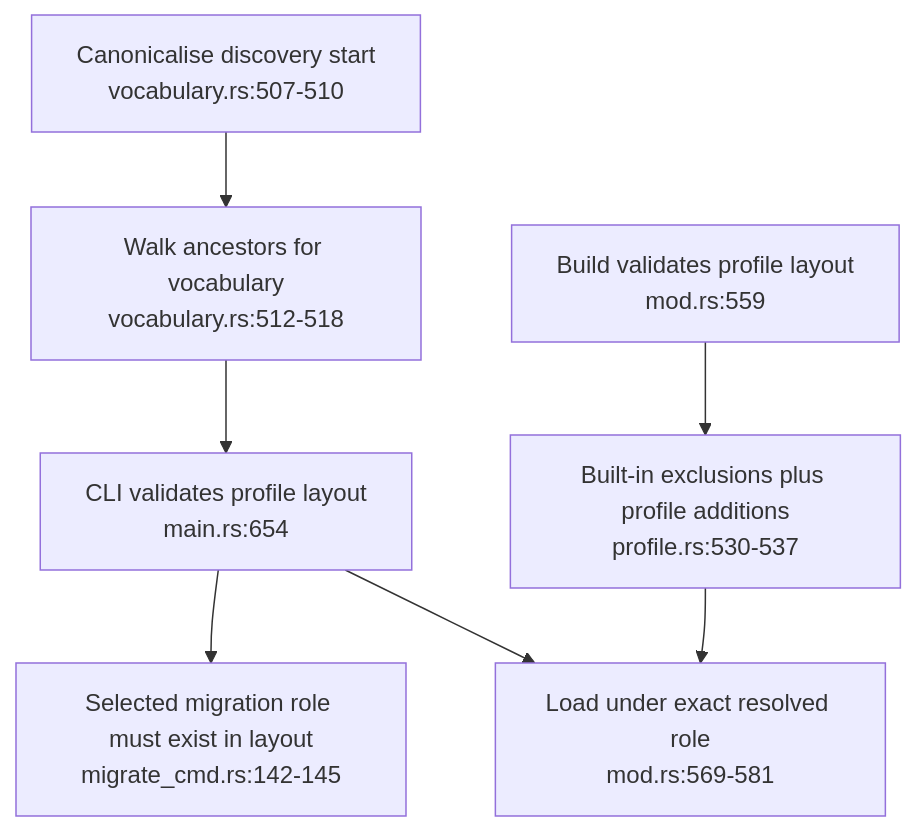
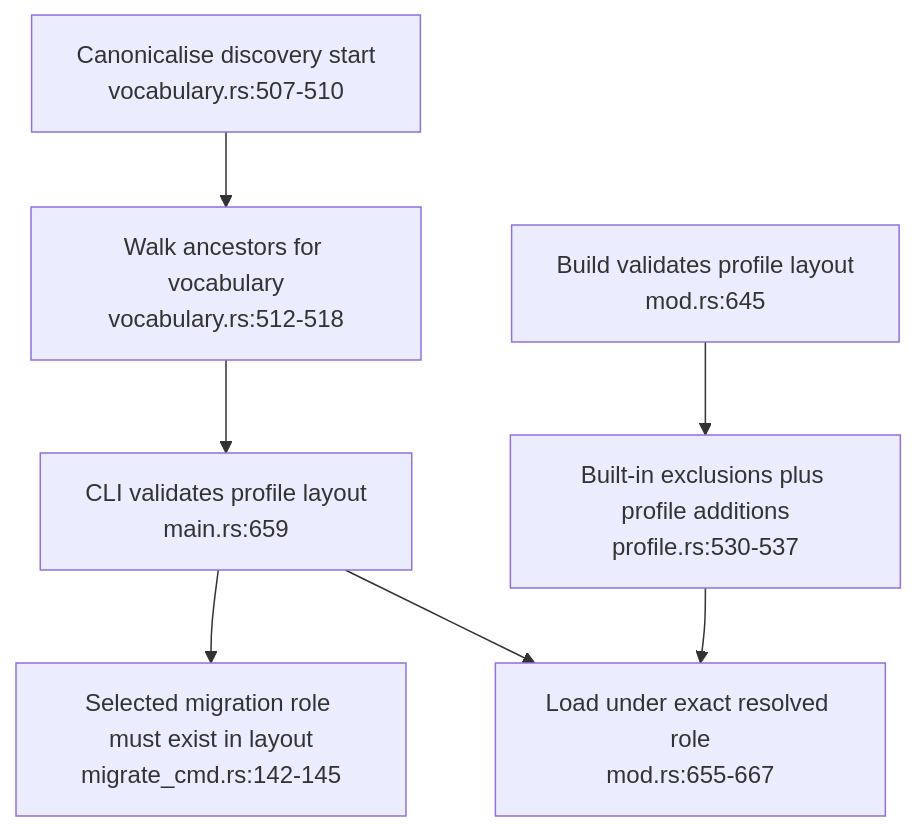
One commit to DreamLab-AI/VisionFlow changed the second of 4 diagrams in docs/diagrams/ontomark/12-shared-layout-checks.md. Above: the diagram before and after it, drawn with Mermaid. The commit also changed other lines of this file and 154 other files, not shown here.

First line of the commit message:
docs(diagrams): re-stamp 154 topics whose every citation still reads the same text at the current heads

````diff
--- a/docs/diagrams/ontomark/12-shared-layout-checks.md
+++ b/docs/diagrams/ontomark/12-shared-layout-checks.md
@@ -51,9 +51,9 @@
 ```mermaid
 flowchart TD
     START["Canonicalise discovery start<br/>vocabulary.rs:507-510"] --> FIND["Walk ancestors for vocabulary<br/>vocabulary.rs:512-518"]
-    FIND --> CLI["CLI validates profile layout<br/>main.rs:654"]
+    FIND --> CLI["CLI validates profile layout<br/>main.rs:659"]
     CLI --> MIG["Selected migration role must exist in layout<br/>migrate_cmd.rs:142-145"]
-    BUILD["Build validates profile layout<br/>mod.rs:559"] --> EX["Built-in exclusions plus profile additions<br/>profile.rs:530-537"]
-    EX --> LOAD["Load under exact resolved role<br/>mod.rs:569-581"]
+    BUILD["Build validates profile layout<br/>mod.rs:645"] --> EX["Built-in exclusions plus profile additions<br/>profile.rs:530-537"]
+    EX --> LOAD["Load under exact resolved role<br/>mod.rs:655-667"]
     CLI --> LOAD
 ```
````
